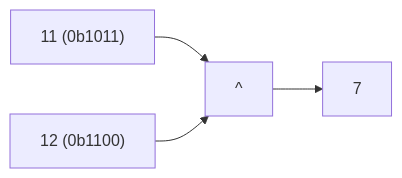
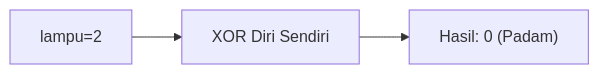
Before and after one commit to amnahwaida/OSNK_INF_PREP: the first of 25 diagrams in part-c-pemahaman-cpp/06-bitwise/latihan/set-02.md, drawn with Mermaid. The commit also changed other lines of this file and 71 other files, not shown here.

````diff
--- a/part-c-pemahaman-cpp/06-bitwise/latihan/set-02.md
+++ b/part-c-pemahaman-cpp/06-bitwise/latihan/set-02.md
@@ -20,6 +21,5 @@
 ```mermaid
 graph LR
-A["11 (0b1011)"] --> C["^"]
-B["12 (0b1100)"] --> C
-C --> D["7"]
+A["lampu=2"] --> B["XOR Diri Sendiri"]
+B --> C["Hasil: 0 (Padam)"]
 ```
````
